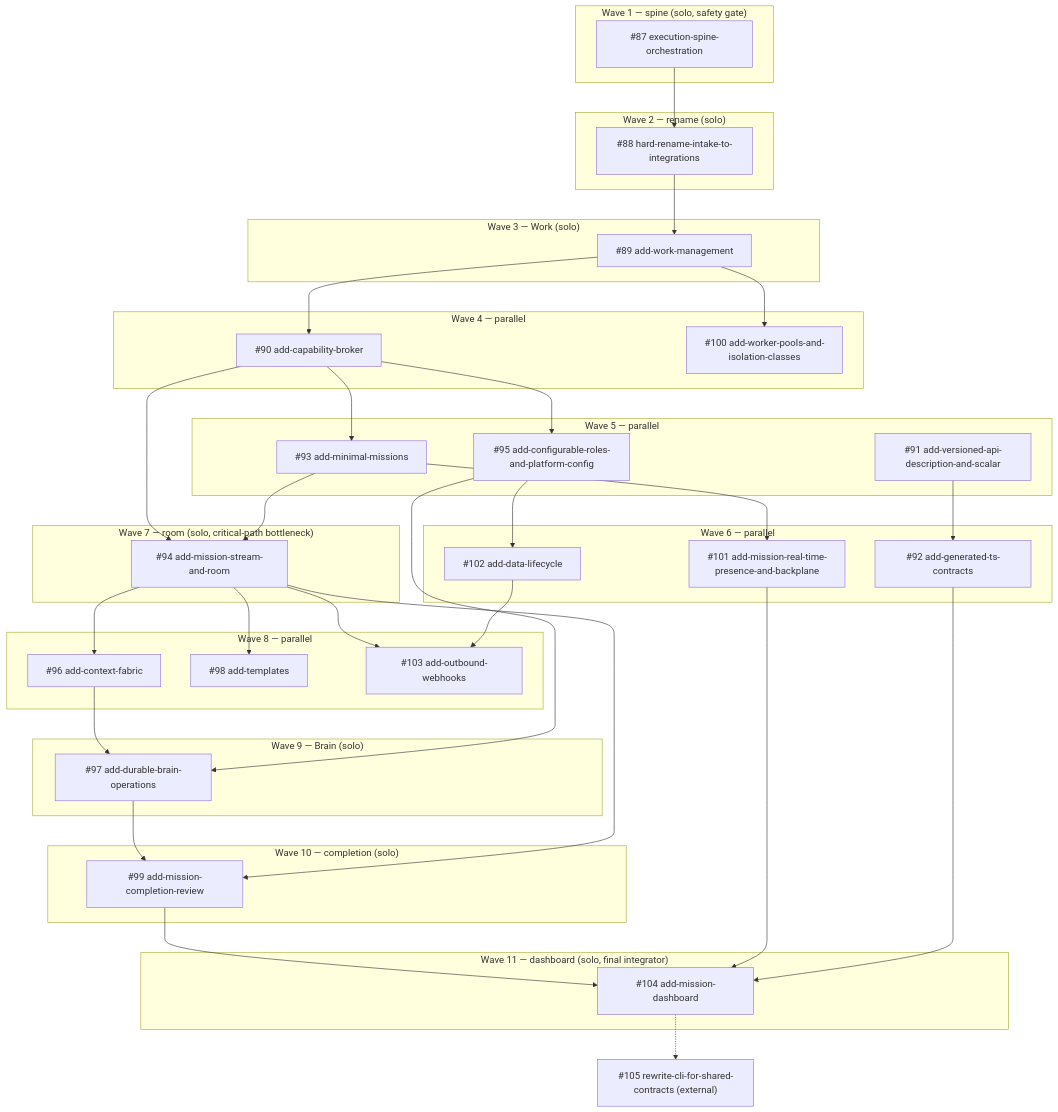
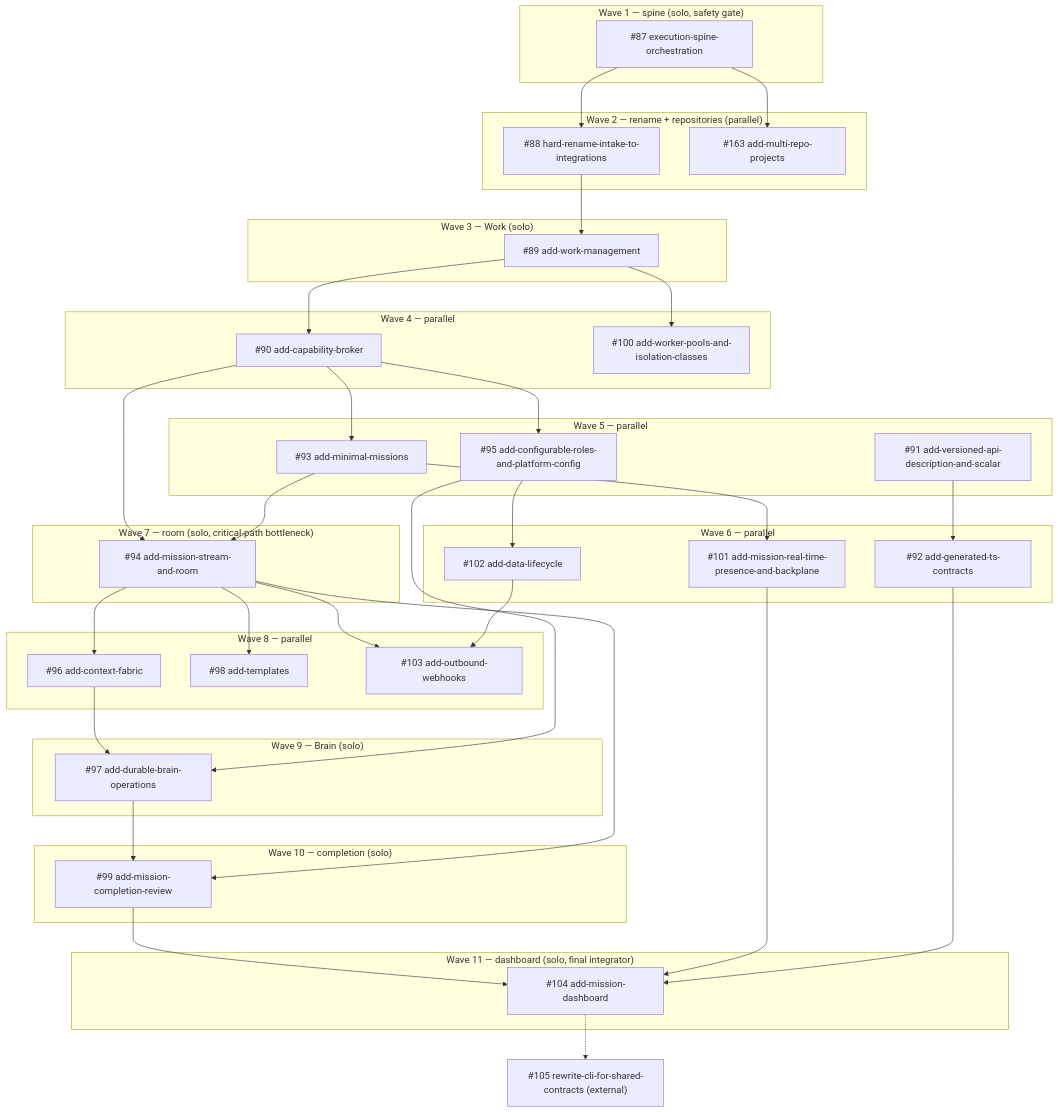
The diagram in openspec/changes/add-mission-cowork/decomposition.md (dot-stbl/comuki), drawn with Mermaid before and after one commit. The commit also changed other lines of this file and 1 other file, not shown here.

First line of the commit message:
[.stbl](feat/meta/openspec): amend mission-cowork for multi-repo participation

````diff
--- a/openspec/changes/add-mission-cowork/decomposition.md
+++ b/openspec/changes/add-mission-cowork/decomposition.md
@@ -76,66 +77,68 @@
 ```mermaid
 flowchart TD
     subgraph W1["Wave 1 — spine (solo, safety gate)"]
         I87["#87 execution-spine-orchestration"]
     end
-    subgraph W2["Wave 2 — rename (solo)"]
+    subgraph W2["Wave 2 — rename + repositories (parallel)"]
         I88["#88 hard-rename-intake-to-integrations"]
+        I163["#163 add-multi-repo-projects"]
     end
     subgraph W3["Wave 3 — Work (solo)"]
         I89["#89 add-work-management"]
     end
     subgraph W4["Wave 4 — parallel"]
         I90["#90 add-capability-broker"]
         I100["#100 add-worker-pools-and-isolation-classes"]
     end
     subgraph W5["Wave 5 — parallel"]
         I93["#93 add-minimal-missions"]
         I91["#91 add-versioned-api-description-and-scalar"]
         I95["#95 add-configurable-roles-and-platform-config"]
     end
     subgraph W6["Wave 6 — parallel"]
         I92["#92 add-generated-ts-contracts"]
         I102["#102 add-data-lifecycle"]
         I101["#101 add-mission-real-time-presence-and-backplane"]
     end
     subgraph W7["Wave 7 — room (solo, critical-path bottleneck)"]
         I94["#94 add-mission-stream-and-room"]
     end
     subgraph W8["Wave 8 — parallel"]
         I96["#96 add-context-fabric"]
         I98["#98 add-templates"]
         I103["#103 add-outbound-webhooks"]
     end
     subgraph W9["Wave 9 — Brain (solo)"]
         I97["#97 add-durable-brain-operations"]
     end
     subgraph W10["Wave 10 — completion (solo)"]
         I99["#99 add-mission-completion-review"]
     end
     subgraph W11["Wave 11 — dashboard (solo, final integrator)"]
         I104["#104 add-mission-dashboard"]
     end
 
     I87 --> I88 --> I89
+    I87 --> I163
     I89 --> I90
     I89 --> I100
     I90 --> I93
     I90 --> I95
     I91 --> I92
     I95 --> I102
     I93 --> I101
     I90 --> I94
     I93 --> I94
     I94 --> I96
     I94 --> I98
     I94 --> I103
     I102 --> I103
     I96 --> I97
     I95 --> I97
     I97 --> I99
     I94 --> I99
     I99 --> I104
     I101 --> I104
     I92 --> I104
     I104 -.-> I105["#105 rewrite-cli-for-shared-contracts (external)"]
 ```
````
